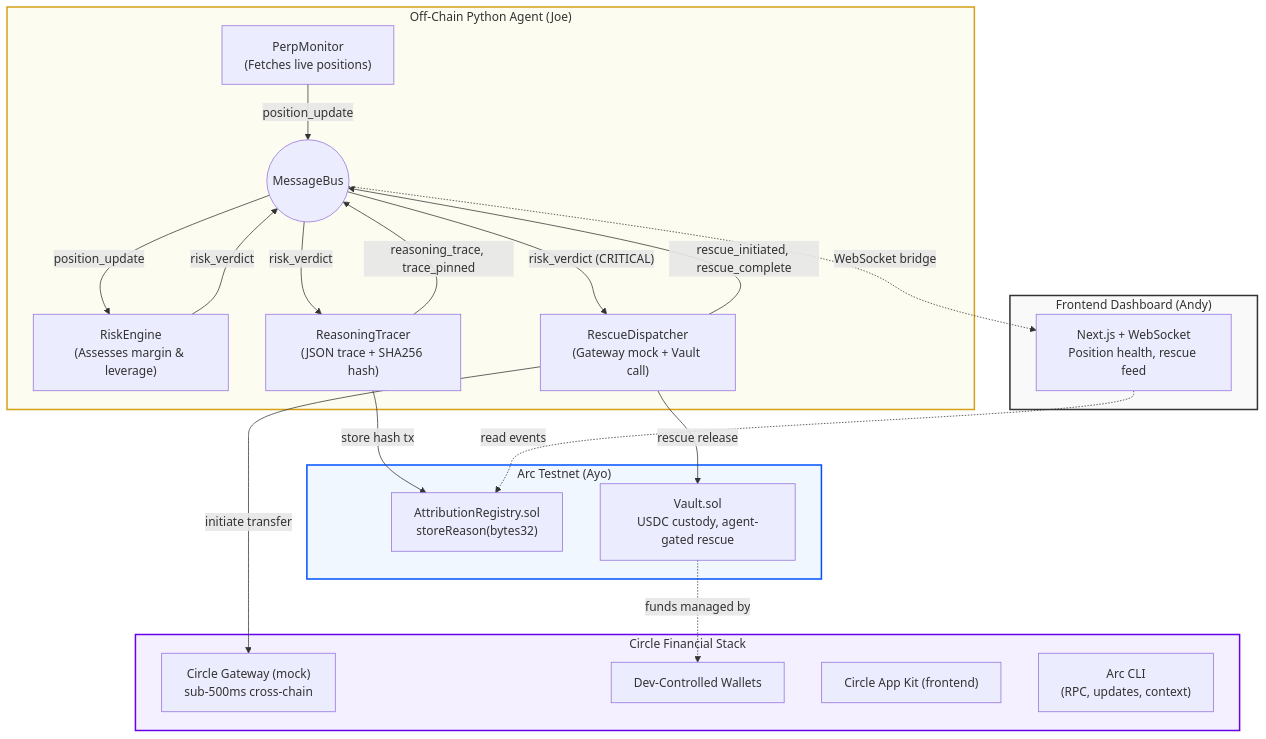
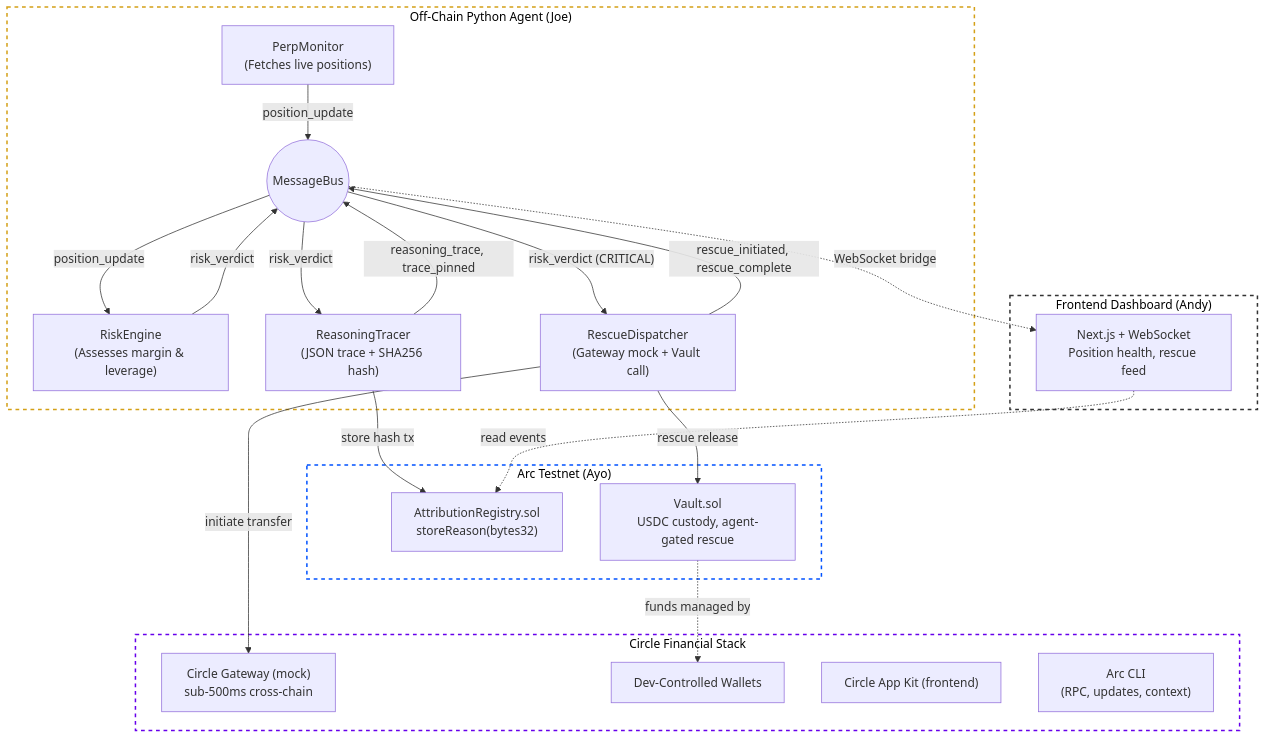
Before and after one commit to joethesaint/AGORA-glass: the diagram in README.md, drawn with Mermaid.

Commit message:
docs: update Mermaid diagram to use transparent styling

````diff
--- a/README.md
+++ b/README.md
@@ -33,46 +33,46 @@
 ```mermaid
 flowchart TD
     subgraph OffChain["Off-Chain Python Agent (Joe)"]
         Monitor["PerpMonitor\n(Fetches live positions)"]
         Engine["RiskEngine\n(Assesses margin & leverage)"]
         Tracer["ReasoningTracer\n(JSON trace + SHA256 hash)"]
         Dispatcher["RescueDispatcher\n(Gateway mock + Vault call)"]
         Bus(("MessageBus"))
 
         Monitor -->|position_update| Bus
         Bus -->|position_update| Engine
         Engine -->|risk_verdict| Bus
         Bus -->|risk_verdict| Tracer
         Bus -->|"risk_verdict (CRITICAL)"| Dispatcher
         Tracer -->|reasoning_trace, trace_pinned| Bus
         Dispatcher -->|rescue_initiated, rescue_complete| Bus
     end
 
     subgraph OnChain["Arc Testnet (Ayo)"]
         Registry["AttributionRegistry.sol\nstoreReason(bytes32)"]
         Vault["Vault.sol\nUSDC custody, agent-gated rescue"]
     end
 
     subgraph CircleStack["Circle Financial Stack"]
         Gateway["Circle Gateway (mock)\nsub-500ms cross-chain"]
         Wallets["Dev-Controlled Wallets"]
         AppKit["Circle App Kit (frontend)"]
         CLI["Arc CLI\n(RPC, updates, context)"]
     end
 
     subgraph Frontend["Frontend Dashboard (Andy)"]
         UI["Next.js + WebSocket\nPosition health, rescue feed"]
     end
 
     Bus -.->|"WebSocket bridge"| UI
     Tracer -->|store hash tx| Registry
     Dispatcher -->|rescue release| Vault
     Dispatcher -->|initiate transfer| Gateway
     Vault -.->|funds managed by| Wallets
     UI -.->|read events| Registry
 
-    style OffChain fill:#fdfcf0,stroke:#d4a017,stroke-width:2px
-    style OnChain fill:#f0f7ff,stroke:#0052ff,stroke-width:2px
-    style CircleStack fill:#f5f0ff,stroke:#6700eb,stroke-width:2px
-    style Frontend fill:#f9f9f9,stroke:#333,stroke-width:2px
+    style OffChain fill:none,stroke:#d4a017,stroke-width:2px,stroke-dasharray:5 5,color:#000
+    style OnChain fill:none,stroke:#0052ff,stroke-width:2px,stroke-dasharray:5 5,color:#000
+    style CircleStack fill:none,stroke:#6700eb,stroke-width:2px,stroke-dasharray:5 5,color:#000
+    style Frontend fill:none,stroke:#333,stroke-width:2px,stroke-dasharray:5 5,color:#000
 ```
````
